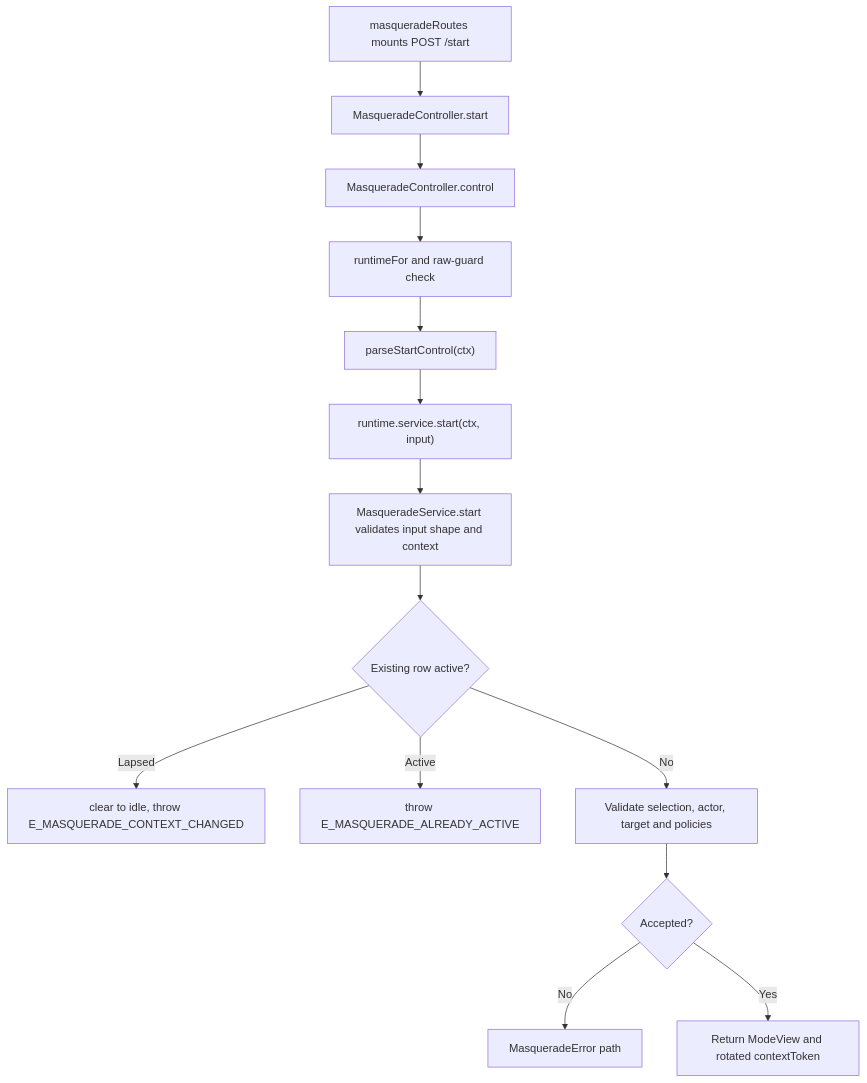
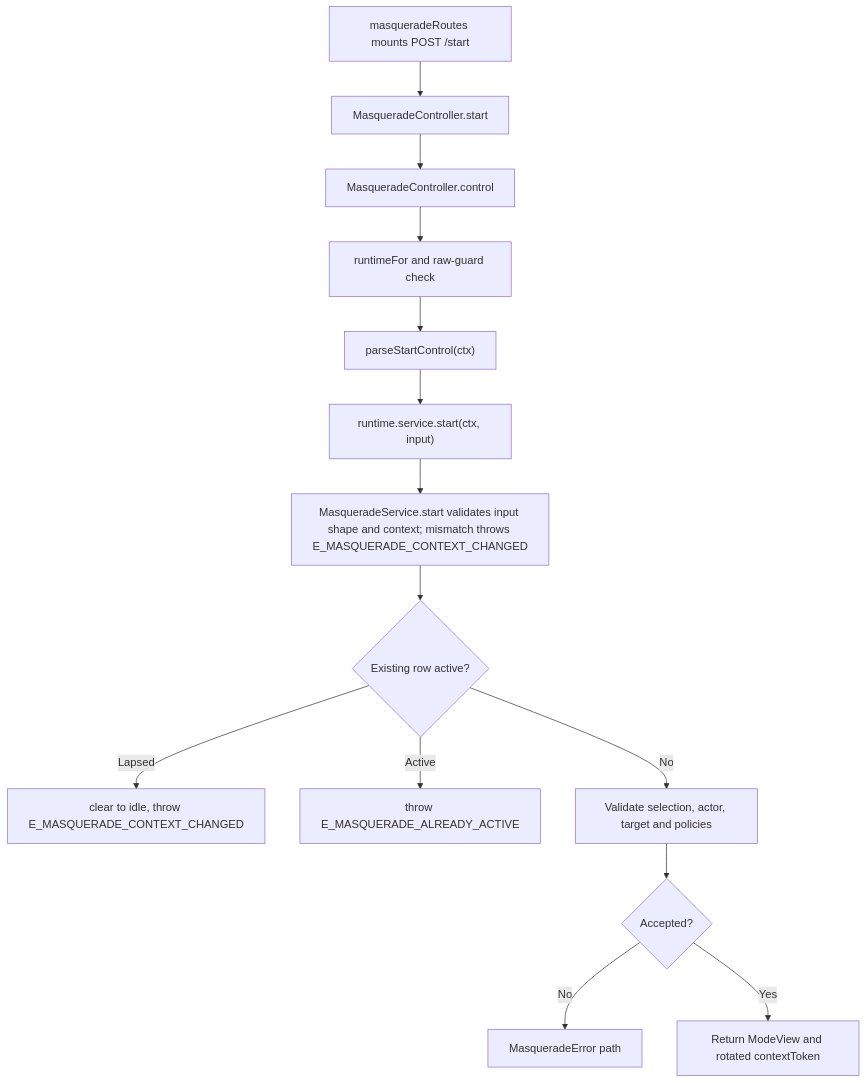
One commit to Kevinjohn/oss-adonisjs-masquerade changed the second of 2 diagrams in user-stories/start-stop-mode/us-actor-01-start-stop-mode.md. Above: the diagram before and after it, drawn with Mermaid. The commit also changed other lines of this file and 2 other files, not shown here.

````diff
--- a/user-stories/start-stop-mode/us-actor-01-start-stop-mode.md
+++ b/user-stories/start-stop-mode/us-actor-01-start-stop-mode.md
@@ -46,16 +48,16 @@
 ```mermaid
 flowchart TD
     A["masqueradeRoutes mounts POST /start"] --> B["MasqueradeController.start"]
     B --> C["MasqueradeController.control"]
     C --> D["runtimeFor and raw-guard check"]
     D --> E["parseStartControl(ctx)"]
     E --> F["runtime.service.start(ctx, input)"]
-    F --> G["MasqueradeService.start validates input shape and context"]
+    F --> G["MasqueradeService.start validates input shape and context; mismatch throws E_MASQUERADE_CONTEXT_CHANGED"]
     G --> L{"Existing row active?"}
     L -->|Lapsed| M["clear to idle, throw E_MASQUERADE_CONTEXT_CHANGED"]
     L -->|Active| N["throw E_MASQUERADE_ALREADY_ACTIVE"]
     L -->|No| P["Validate selection, actor, target and policies"]
     P --> H{"Accepted?"}
     H -->|No| I["MasqueradeError path"]
     H -->|Yes| J["Return ModeView and rotated contextToken"]
 ```
````
